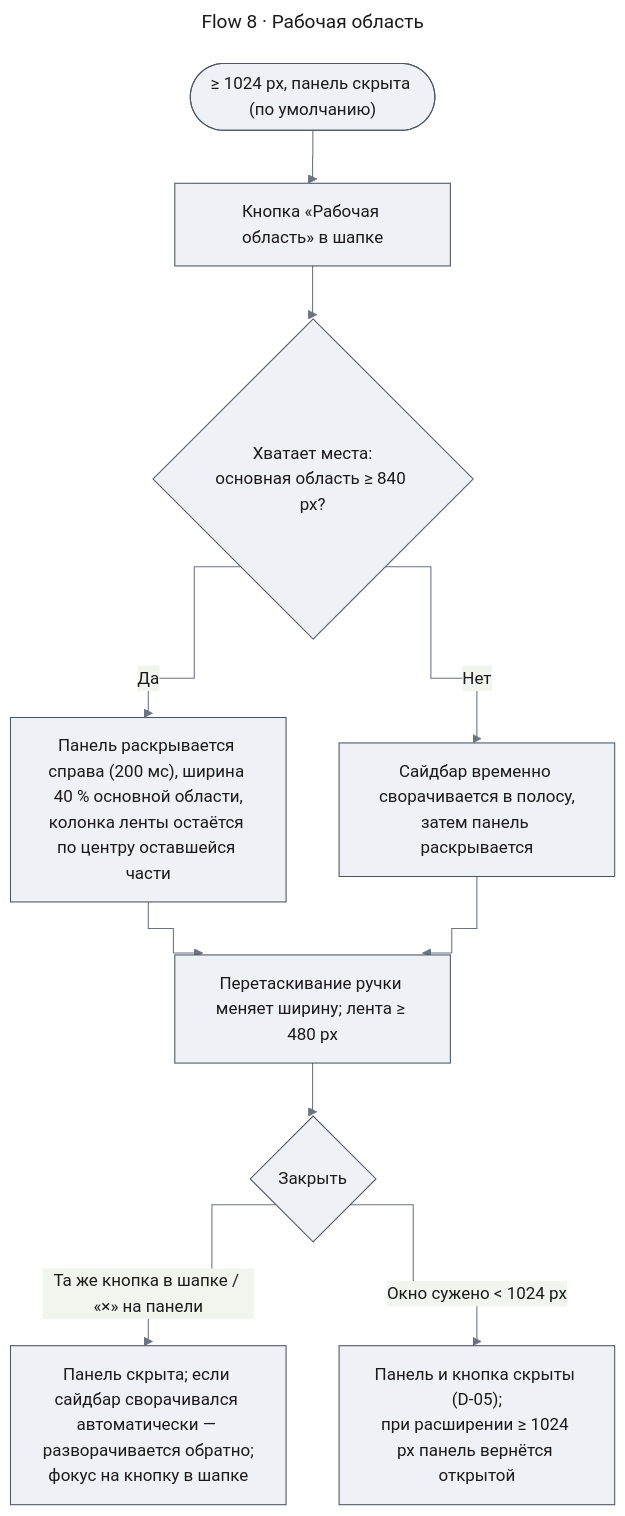
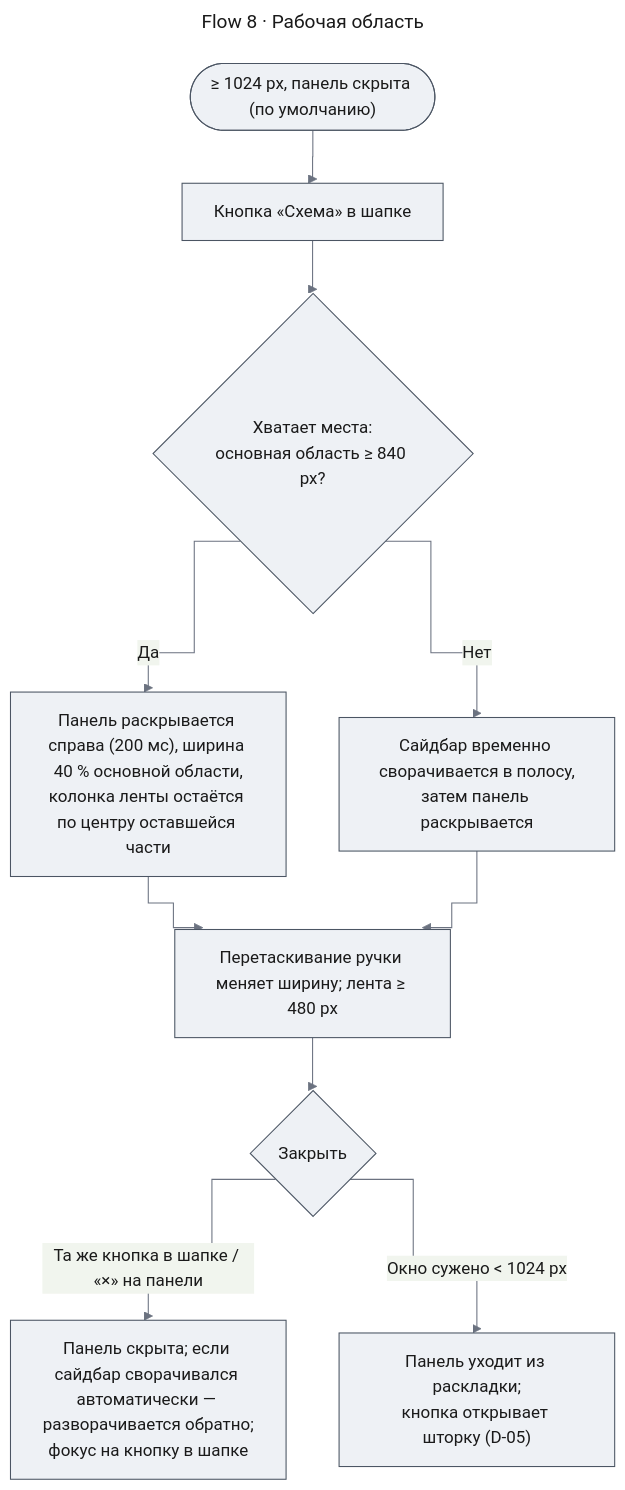
One commit to tundraray/agent-os changed diagram 13 of 14 in docs/features/chat-shell/uxrd.md. Above: the diagram before and after it, drawn with Mermaid. The commit also changed other lines of this file and 1225 other files, not shown here.

````diff
--- a/docs/features/chat-shell/uxrd.md
+++ b/docs/features/chat-shell/uxrd.md
@@ -833,25 +825,25 @@
 ```mermaid
 ---
 title: "Flow 8 · Рабочая область"
 config:
   theme: base
   look: classic
   themeVariables:
     primaryColor: "#eef1f5"
     primaryBorderColor: "#4b5563"
     primaryTextColor: "#1a1a1a"
     lineColor: "#6b7280"
   flowchart:
     curve: step
 ---
 flowchart TD
-    A(["≥ 1024 px, панель скрыта (по умолчанию)"]) --> B["Кнопка «Рабочая область» в шапке"]
+    A(["≥ 1024 px, панель скрыта (по умолчанию)"]) --> B["Кнопка «Схема» в шапке"]
     B --> C{"Хватает места:<br/>основная область ≥ 840 px?"}
     C -->|Да| D["Панель раскрывается справа (200 мс), ширина 40 % основной области,<br/>колонка ленты остаётся по центру оставшейся части"]
     C -->|Нет| E["Сайдбар временно сворачивается в полосу,<br/>затем панель раскрывается"]
     D --> F[Перетаскивание ручки меняет ширину; лента ≥ 480 px]
     E --> F
     F --> G{Закрыть}
     G -->|Та же кнопка в шапке / «×» на панели| H["Панель скрыта; если сайдбар сворачивался автоматически — разворачивается обратно;<br/>фокус на кнопку в шапке"]
-    G -->|Окно сужено < 1024 px| I["Панель и кнопка скрыты (D-05);<br/>при расширении ≥ 1024 px панель вернётся открытой"]
+    G -->|Окно сужено < 1024 px| I["Панель уходит из раскладки;<br/>кнопка открывает шторку (D-05)"]
 ```
````
